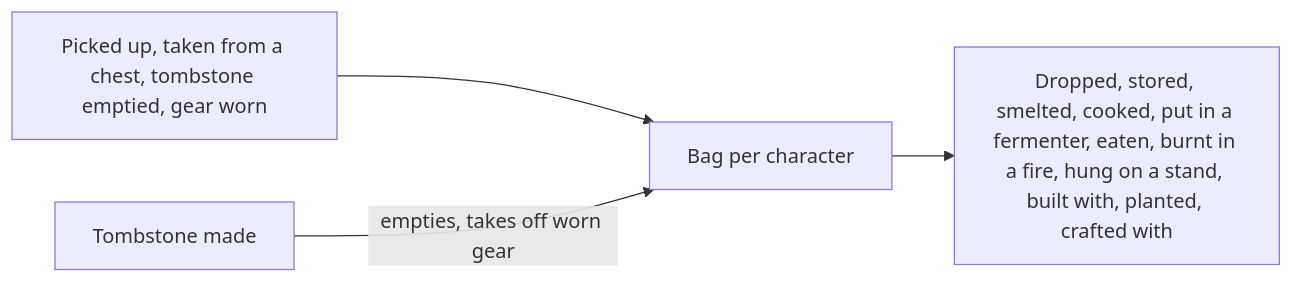
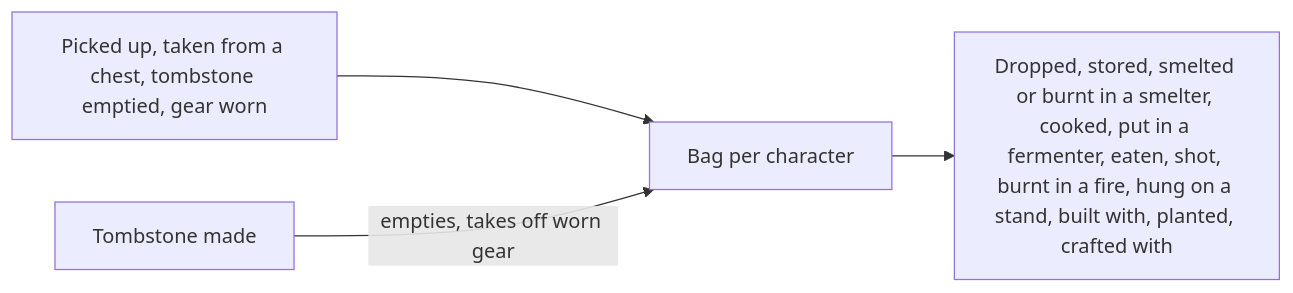
One commit to cristiadu/valheim-dashboard changed the tenth of 23 diagrams in docs/architecture.md. Above: the diagram before and after it, drawn with Mermaid. The commit also changed other lines of this file and 14 other files, not shown here.

Commit message:
Event log plugin 2.21.0: arrows shot and smelter coal leave the bag (#125)

````diff
--- a/docs/architecture.md
+++ b/docs/architecture.md
@@ -205,6 +205,6 @@
 ```mermaid
 flowchart LR
   in["Picked up, taken from a chest, tombstone emptied, gear worn"] --> bag[Bag per character]
-  bag --> out["Dropped, stored, smelted, cooked, put in a fermenter, eaten, burnt in a fire, hung on a stand, built with, planted, crafted with"]
+  bag --> out["Dropped, stored, smelted or burnt in a smelter, cooked, put in a fermenter, eaten, shot, burnt in a fire, hung on a stand, built with, planted, crafted with"]
   death["Tombstone made"] -->|empties, takes off worn gear| bag
 ```
````
